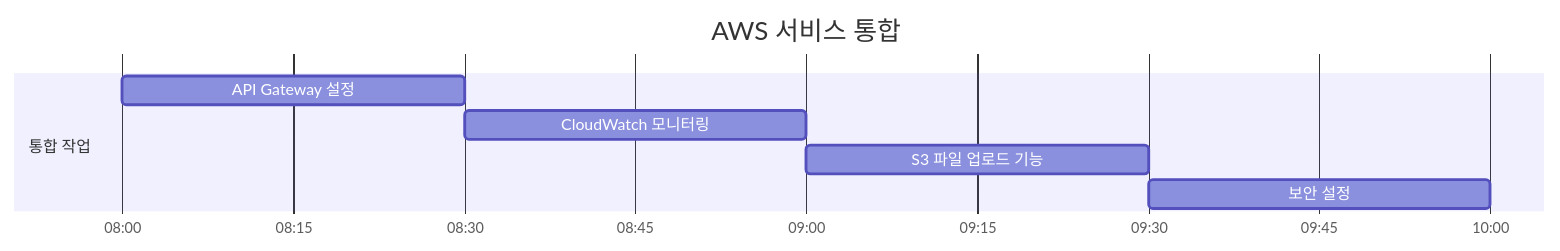
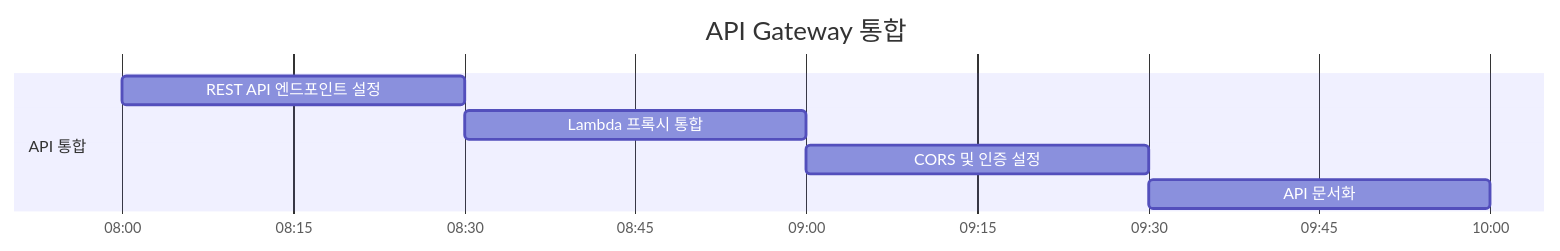
The sixth of 7 diagrams in backend/README.md (qurious-aws-hackathon/team22-aws-hackathon), drawn with Mermaid before and after one commit. The commit also changed other lines of this file and 2 other files, not shown here.

````diff
--- a/backend/README.md
+++ b/backend/README.md
@@ -215,12 +286,12 @@
 ```mermaid
 gantt
-    title AWS 서비스 통합
+    title API Gateway 통합
     dateFormat HH:mm
     axisFormat %H:%M
     
-    section 통합 작업
-    API Gateway 설정           :aws1, 08:00, 08:30
-    CloudWatch 모니터링        :aws2, 08:30, 09:00
-    S3 파일 업로드 기능        :aws3, 09:00, 09:30
-    보안 설정                 :aws4, 09:30, 10:00
+    section API 통합
+    REST API 엔드포인트 설정    :api1, 08:00, 08:30
+    Lambda 프록시 통합         :api2, 08:30, 09:00
+    CORS 및 인증 설정         :api3, 09:00, 09:30
+    API 문서화               :api4, 09:30, 10:00
 ```
````
